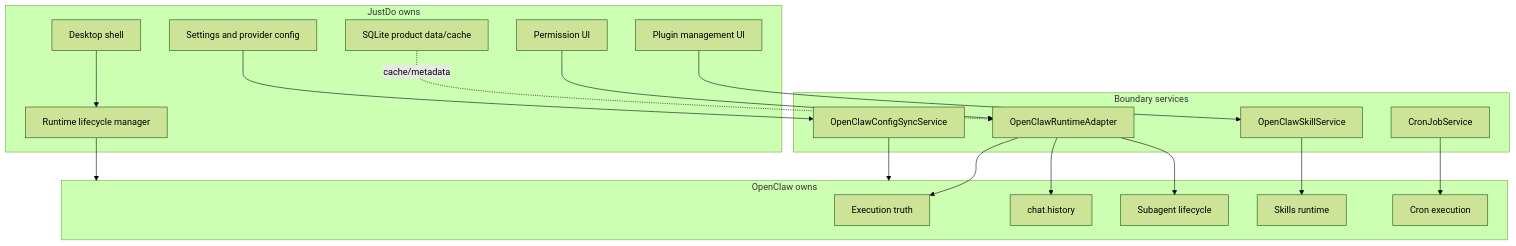
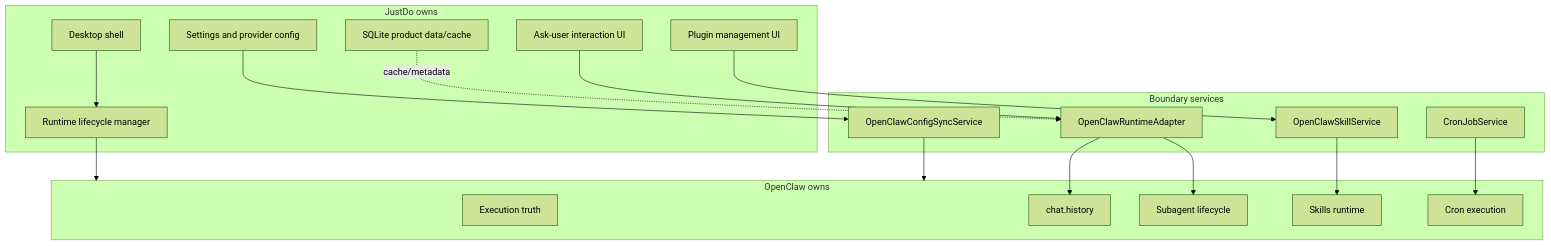
The first of 3 diagrams in docs/architecture/14-openclaw-frontend-boundary-plan.md (liangxhao/JustDo), drawn with Mermaid (forest theme) before and after one commit. The commit also changed other lines of this file and 38 other files, not shown here.

Commit message:
refactor(cowork): replace permission flow with interactions

````diff
--- a/docs/architecture/14-openclaw-frontend-boundary-plan.md
+++ b/docs/architecture/14-openclaw-frontend-boundary-plan.md
@@ -22,35 +22,35 @@
 ```mermaid
 flowchart TB
   subgraph JD["JustDo owns"]
     Shell["Desktop shell"]
     Settings["Settings and provider config"]
     LocalDB["SQLite product data/cache"]
     PluginUI["Plugin management UI"]
-    PermissionUI["Permission UI"]
+    InteractionUI["Ask-user interaction UI"]
     RuntimeMgr["Runtime lifecycle manager"]
   end
 
   subgraph Sync["Boundary services"]
     ConfigSync["OpenClawConfigSyncService"]
     Adapter["OpenClawRuntimeAdapter"]
     SkillSvc["OpenClawSkillService"]
     CronSvc["CronJobService"]
   end
 
   subgraph OC["OpenClaw owns"]
     Exec["Execution truth"]
     History["chat.history"]
     Subagents["Subagent lifecycle"]
     SkillRuntime["Skills runtime"]
     CronRuntime["Cron execution"]
   end
 
   Settings --> ConfigSync --> OC
   PluginUI --> SkillSvc --> SkillRuntime
   Shell --> RuntimeMgr --> OC
-  PermissionUI --> Adapter --> Exec
+  InteractionUI --> Adapter
   LocalDB -. "cache/metadata" .-> Adapter
   CronSvc --> CronRuntime
   Adapter --> History
   Adapter --> Subagents
 ```
````
